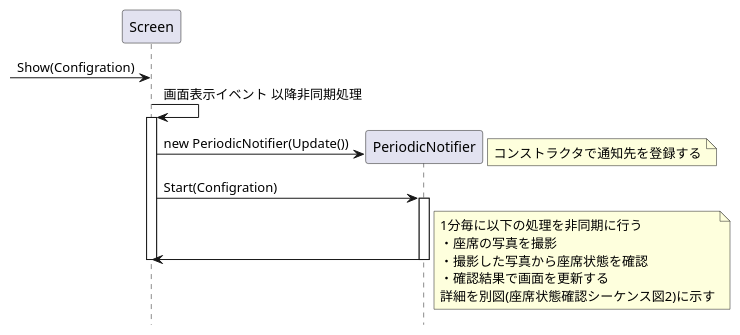
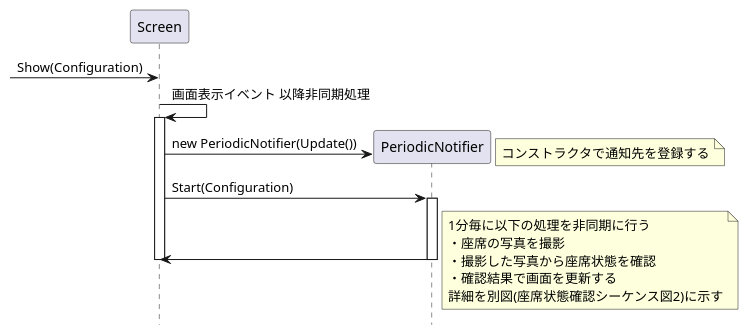
The diagram in doc/詳細設計/構成図(.pu)/座席状態確認シーケンス図.pu (KeisukeSugita/Seat-monitoring-system), drawn with PlantUML before and after one commit. The commit also changed 3 other files, not shown here.

```diff
--- a/doc/詳細設計/構成図(.pu)/座席状態確認シーケンス図.pu
+++ b/doc/詳細設計/構成図(.pu)/座席状態確認シーケンス図.pu
@@ -1,29 +1,29 @@
 @startuml 座席状態確認シーケンス図
 hide footbox
 
 participant "Screen" as Screen
 participant "PeriodicNotifier" as PeriodicNotifier
 
--> Screen :Show(Configration)
+-> Screen :Show(Configuration)
 Screen -> Screen :画面表示イベント 以降非同期処理
 activate Screen
 create PeriodicNotifier
 Screen -> PeriodicNotifier :new PeriodicNotifier(Update())
 note right
 	コンストラクタで通知先を登録する
 end note
 
-Screen -> PeriodicNotifier :Start(Configration)
+Screen -> PeriodicNotifier :Start(Configuration)
 activate PeriodicNotifier
 Screen <- PeriodicNotifier
 deactivate PeriodicNotifier
 deactivate Screen
 note right
 	1分毎に以下の処理を非同期に行う
 	・座席の写真を撮影
 	・撮影した写真から座席状態を確認
 	・確認結果で画面を更新する
 	詳細を別図(座席状態確認シーケンス図2)に示す
 end note
 
 @enduml
```
